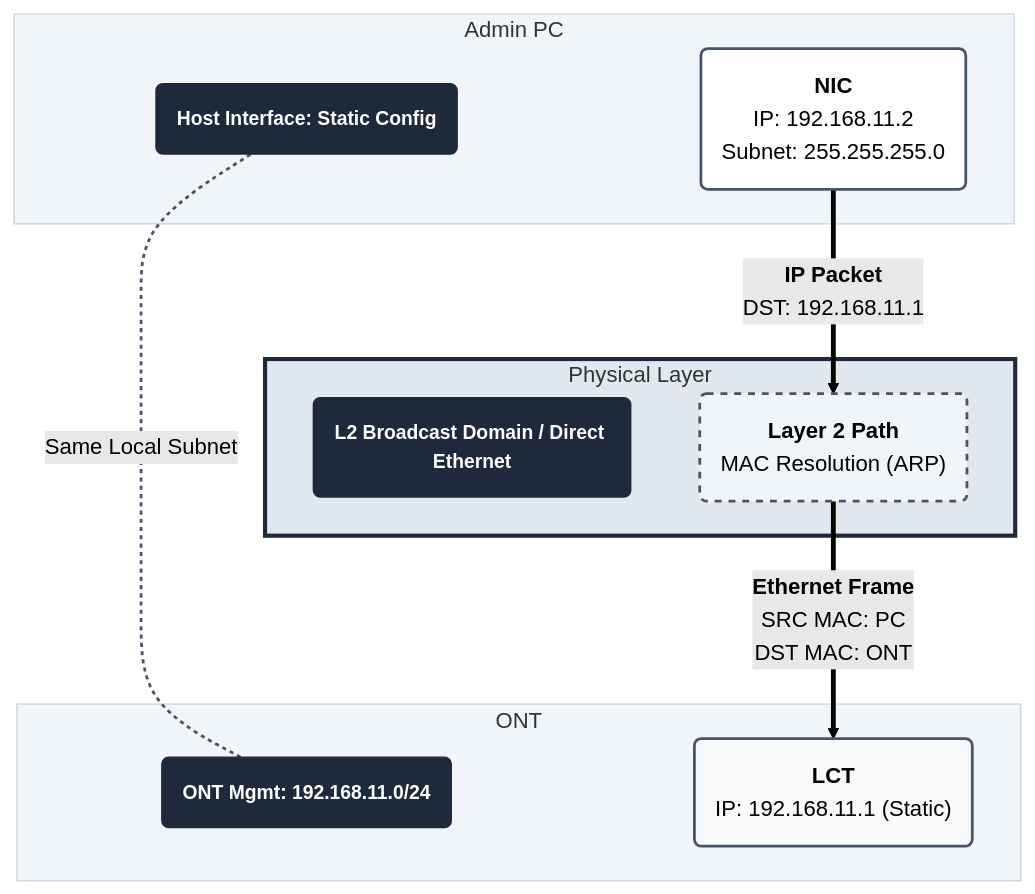
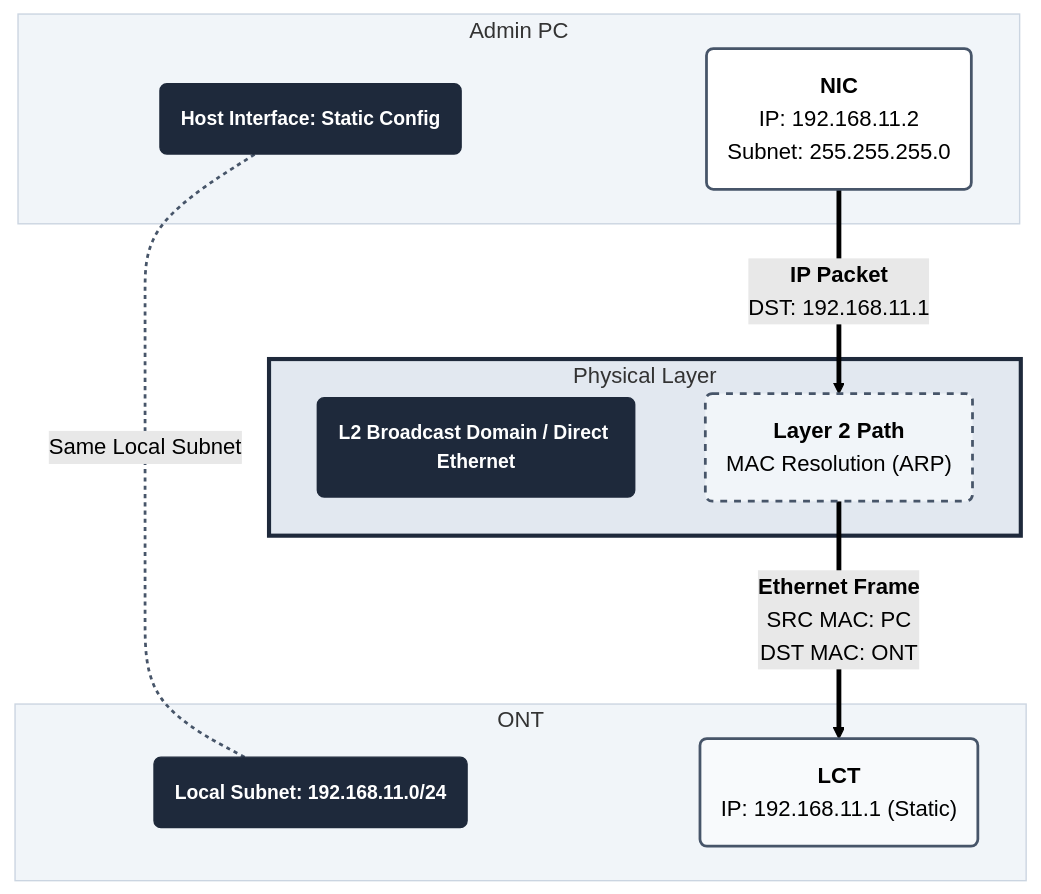
One commit to up-n-atom/8311 changed the first of 3 diagrams in docs/posts/accessing-the-ont.md. Above: the diagram before and after it, drawn with Mermaid (forest theme). The commit also changed other lines of this file, not shown here.

Commit message:
post 19: equalize diagrams

````diff
--- a/docs/posts/accessing-the-ont.md
+++ b/docs/posts/accessing-the-ont.md
@@ -106,36 +106,36 @@
 ``` mermaid
 graph TD
   classDef lanNode fill:#fff,stroke:#475569,stroke-width:2px
   classDef linkNode fill:#f1f5f9,stroke:#475569,stroke-width:2px,stroke-dasharray: 5 5
   classDef titleNode fill:#1e293b,stroke:#1e293b,font-weight:bold,font-size:14px
   classDef ontNode fill:#f8fafc,stroke:#475569,stroke-width:2px
 
   subgraph PC_Group ["Admin PC"]
     PC_Title("<font color=white>Host Interface: Static Config"):::titleNode
     PC("<b>NIC</b><br/>IP: 192.168.11.2<br/>Subnet: 255.255.255.0"):::lanNode
   end
 
   subgraph Link_Group ["Physical Layer"]
     L_Title("<font color=white>L2 Broadcast Domain / Direct Ethernet"):::titleNode
     L2("<b>Layer 2 Path</b><br/>MAC Resolution (ARP)"):::linkNode
   end
 
   subgraph ONT_Group ["ONT"]
-    O_Title("<font color=white>ONT Mgmt: 192.168.11.0/24"):::titleNode
+    O_Title("<font color=white>Local Subnet: 192.168.11.0/24"):::titleNode
     ONT("<b>LCT</b><br/>IP: 192.168.11.1 (Static)"):::ontNode
   end
 
   PC_Title --- L_Title
   L_Title --- O_Title
   O_Title ---|Same Local Subnet| PC_Title
 
   PC ==>|<b>IP Packet</b><br/>DST: 192.168.11.1| L2
   L2 ==>|<b>Ethernet Frame</b><br/>SRC MAC: PC<br/>DST MAC: ONT| ONT
 
   linkStyle 0,1 stroke-width:0px;
   linkStyle 2 stroke:#475569,stroke-width:2px,stroke-dasharray: 3 3;
 
   style PC_Group fill:#f1f5f9,stroke:#cbd5e1,stroke-width:1px
   style Link_Group fill:#e2e8f0,stroke:#1e293b,stroke-width:3px
   style ONT_Group fill:#f1f5f9,stroke:#cbd5e1,stroke-width:1px
 ```
````
